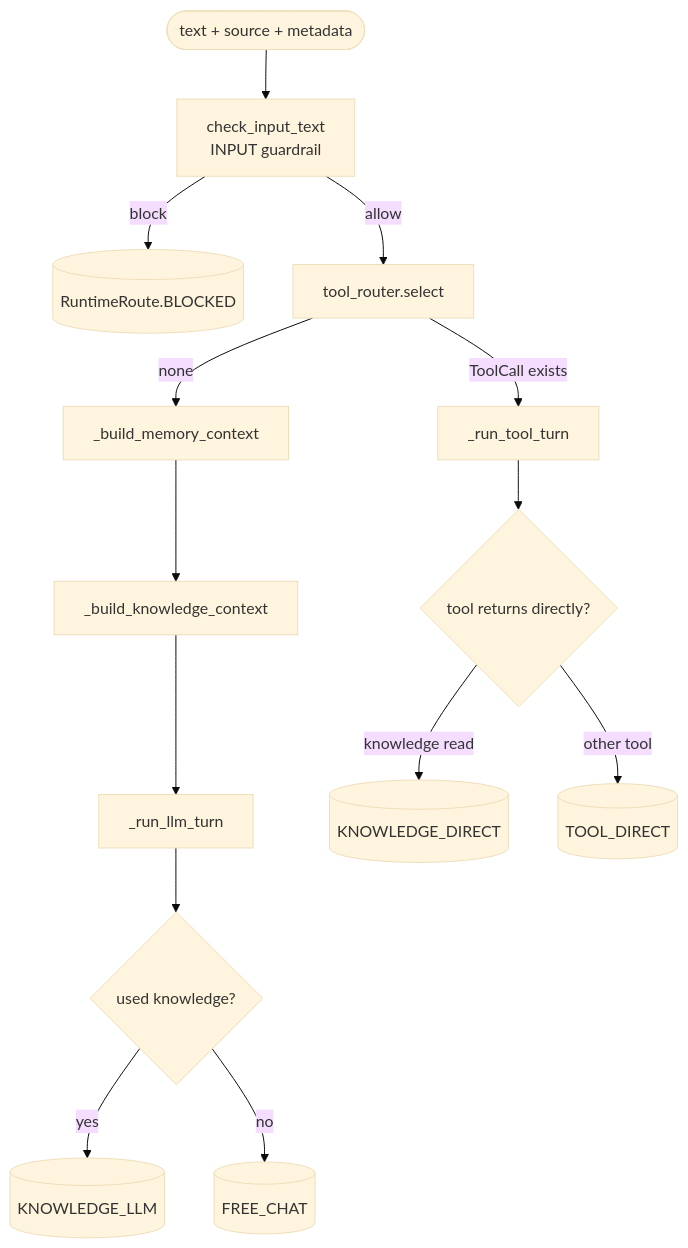
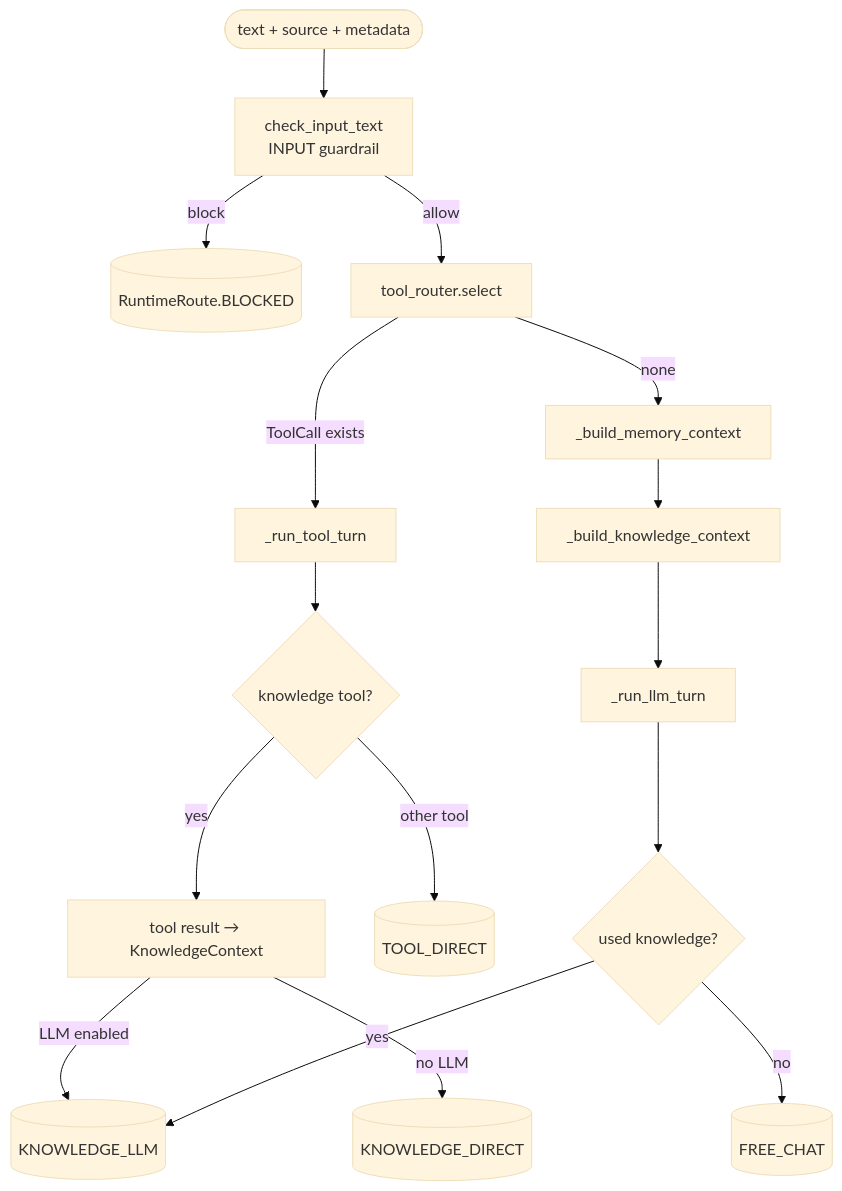
The first of 4 diagrams in docs/05-assistant-runtime.md (finalflash159/soca), drawn with Mermaid (base theme) before and after one commit. The commit also changed other lines of this file and 10 other files, not shown here.

Commit message:
fix: ground knowledge answers through llm

````diff
--- a/docs/05-assistant-runtime.md
+++ b/docs/05-assistant-runtime.md
@@ -10,18 +10,20 @@
 ```mermaid
 flowchart TD
     IN([text + source + metadata]) --> G1[check_input_text<br/>INPUT guardrail]
     G1 -->|block| B[(RuntimeRoute.BLOCKED)]
     G1 -->|allow| TR[tool_router.select]
     TR -->|ToolCall exists| TT[_run_tool_turn]
     TR -->|none| MEM[_build_memory_context]
     MEM --> KN[_build_knowledge_context]
     KN --> LLM[_run_llm_turn]
 
-    TT --> RT{tool returns directly?}
-    RT -->|knowledge read| KD[(KNOWLEDGE_DIRECT)]
+    TT --> RT{knowledge tool?}
+    RT -->|yes| KC[tool result → KnowledgeContext]
+    KC -->|LLM enabled| KL[(KNOWLEDGE_LLM)]
+    KC -->|no LLM| KD[(KNOWLEDGE_DIRECT)]
     RT -->|other tool| TD[(TOOL_DIRECT)]
 
     LLM --> RU{used knowledge?}
     RU -->|yes| KL[(KNOWLEDGE_LLM)]
     RU -->|no| FC[(FREE_CHAT)]
 ```
````
